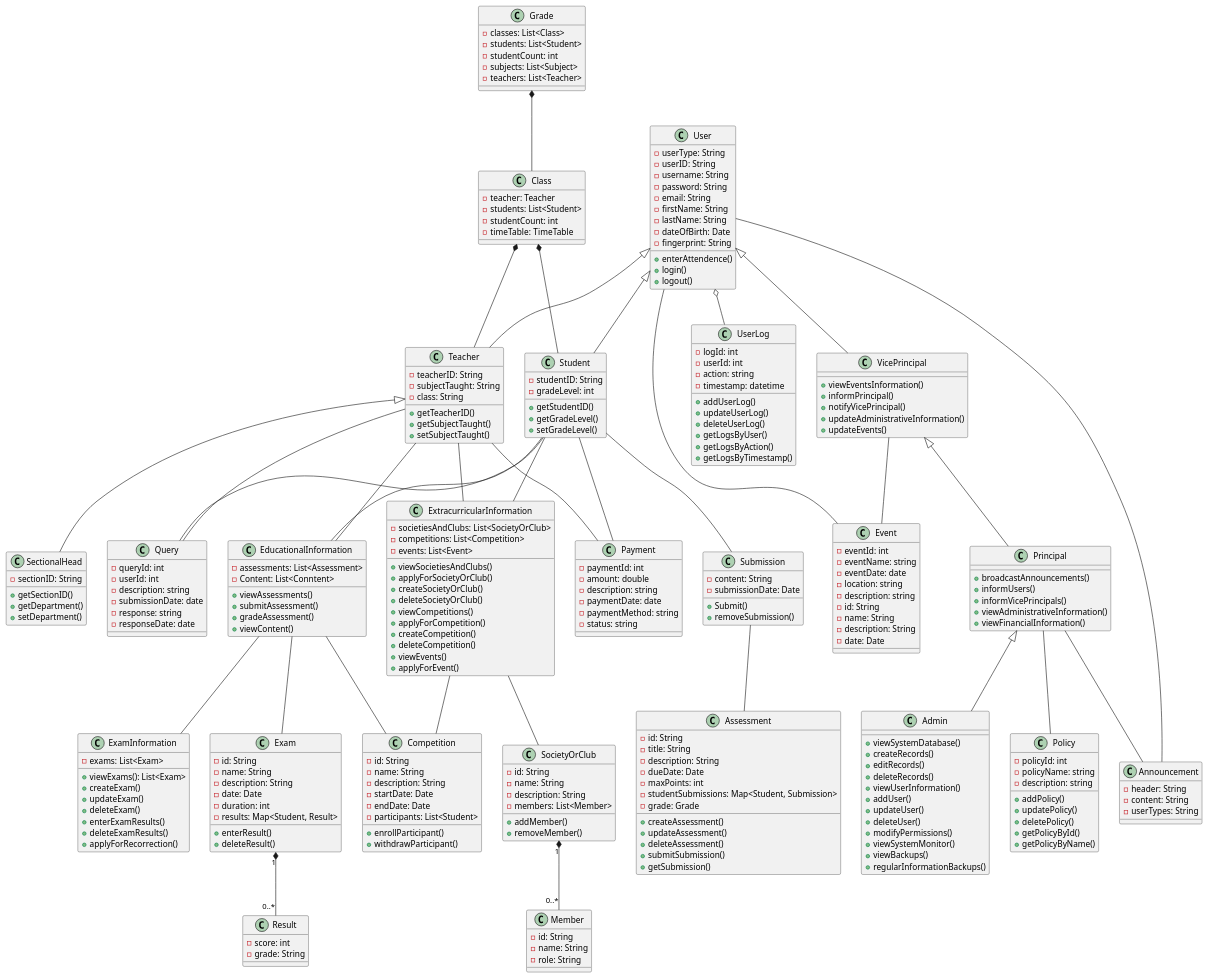
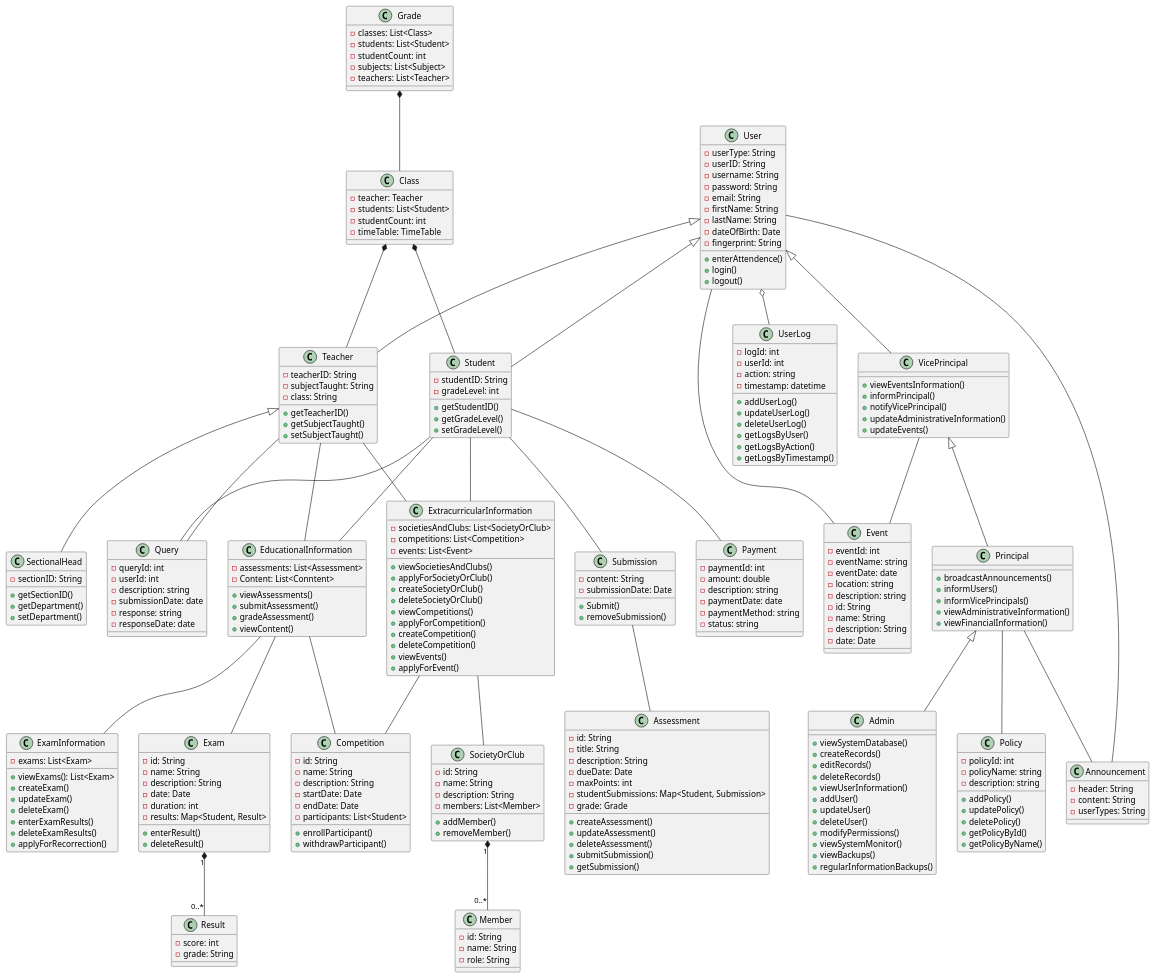
Before and after one commit to AdithyaSean/School-Management-System: the diagram in School Management System Class Diagram.puml, drawn with PlantUML.

```diff
--- a/School Management System Class Diagram.puml
+++ b/School Management System Class Diagram.puml
@@ -266,7 +266,6 @@
 Teacher -- ExtracurricularInformation
 Teacher -- EducationalInformation
 Teacher -- Query
-Teacher -- Payment
 Student -- EducationalInformation
 Student -- ExtracurricularInformation
 Student -- Query
```
